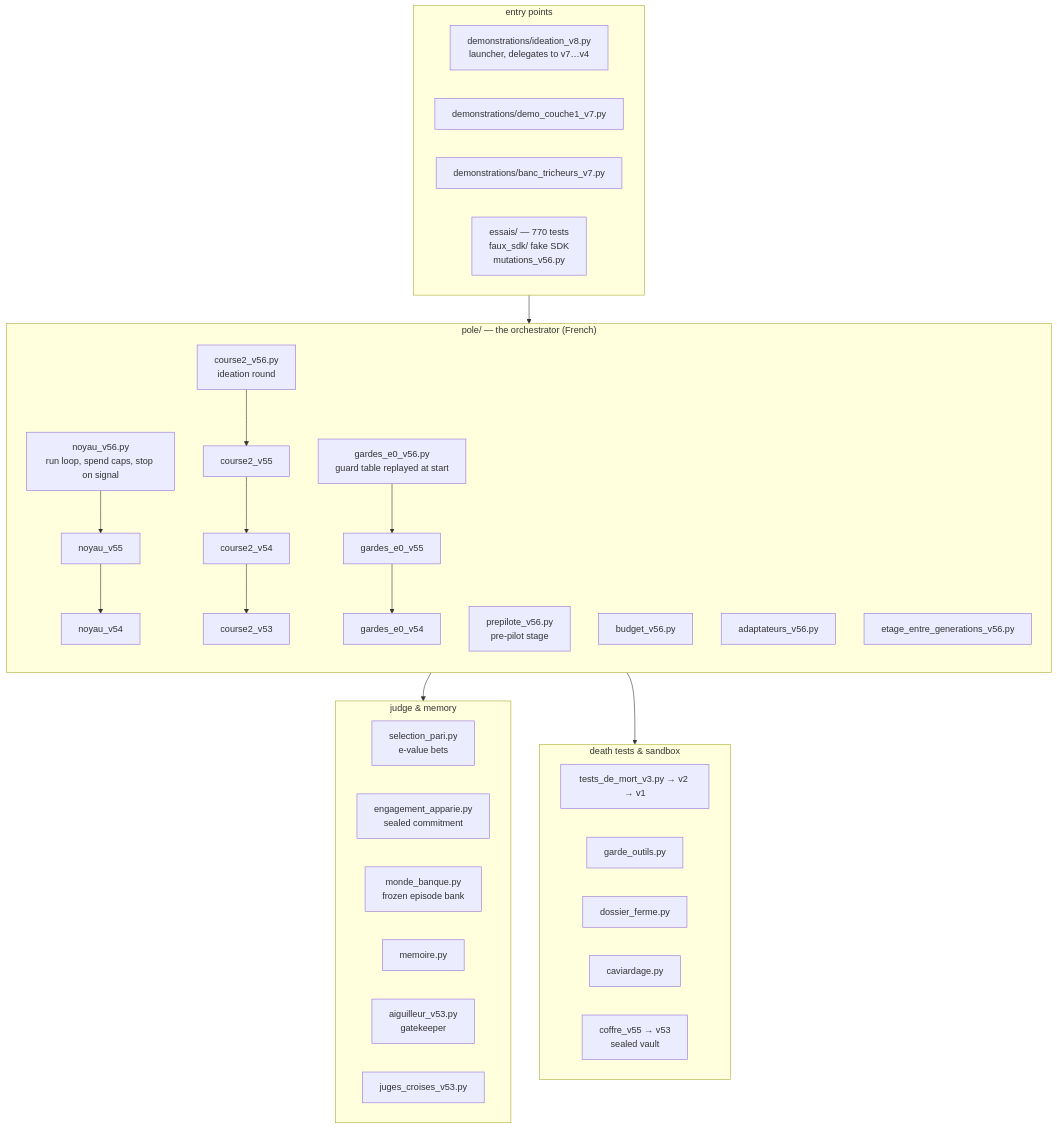
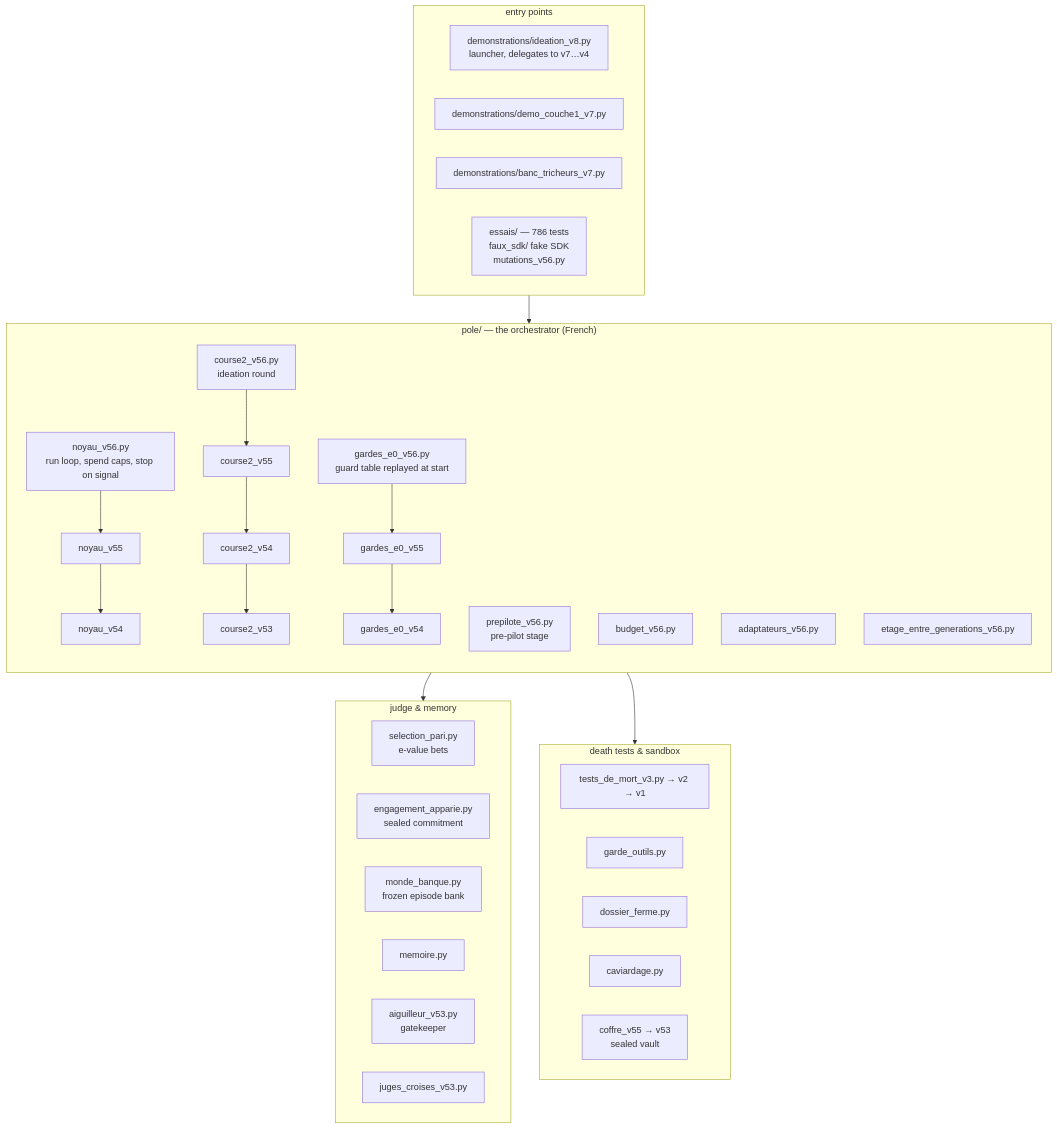
One commit to lciric/ideation-organism changed the second of 2 diagrams in README.md. Above: the diagram before and after it, drawn with Mermaid. The commit also changed other lines of this file and 1 other file, not shown here.

````diff
--- a/README.md
+++ b/README.md
@@ -123,23 +124,23 @@
 ```mermaid
 flowchart TB
     subgraph core["pole/ — the orchestrator (French)"]
         direction TB
         n56[noyau_v56.py<br/>run loop, spend caps, stop on signal] --> n55[noyau_v55] --> n54[noyau_v54]
         c56[course2_v56.py<br/>ideation round] --> c55[course2_v55] --> c54[course2_v54] --> c53[course2_v53]
         pp56[prepilote_v56.py<br/>pre-pilot stage]
         g56[gardes_e0_v56.py<br/>guard table replayed at start] --> g55[gardes_e0_v55] --> g54[gardes_e0_v54]
         b56[budget_v56.py] ; a56[adaptateurs_v56.py] ; e56[etage_entre_generations_v56.py]
     end
     subgraph judge["judge & memory"]
         sp[selection_pari.py<br/>e-value bets] ; ea[engagement_apparie.py<br/>sealed commitment] ; mb[monde_banque.py<br/>frozen episode bank] ; me[memoire.py] ; ai[aiguilleur_v53.py<br/>gatekeeper] ; jc[juges_croises_v53.py]
     end
     subgraph kill["death tests & sandbox"]
         tm[tests_de_mort_v3.py → v2 → v1] ; go[garde_outils.py] ; df[dossier_ferme.py] ; cv[caviardage.py] ; co[coffre_v55 → v53<br/>sealed vault]
     end
     subgraph entry["entry points"]
         i8[demonstrations/ideation_v8.py<br/>launcher, delegates to v7…v4] ; d1[demonstrations/demo_couche1_v7.py] ; bt[demonstrations/banc_tricheurs_v7.py]
-        t[essais/ — 770 tests<br/>faux_sdk/ fake SDK<br/>mutations_v56.py]
+        t[essais/ — 786 tests<br/>faux_sdk/ fake SDK<br/>mutations_v56.py]
     end
     entry --> core --> judge
     core --> kill
 ```
````
